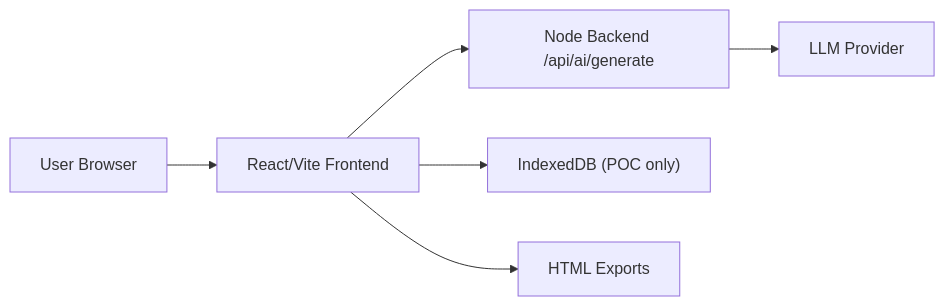
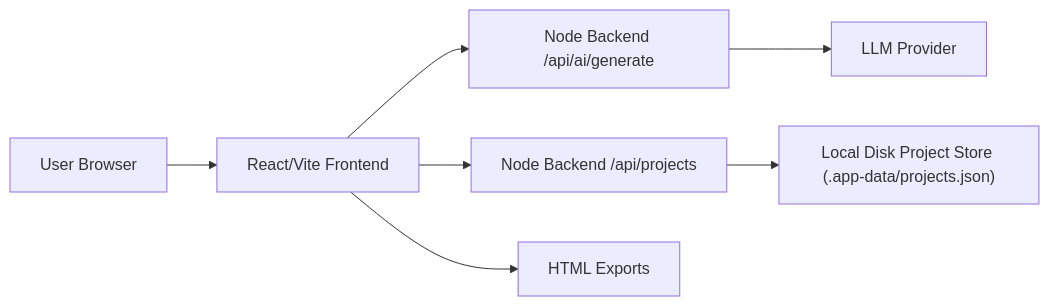
One commit to mnikor/Study-Data-analysis changed the first of 2 diagrams in README.md. Above: the diagram before and after it, drawn with Mermaid. The commit also changed other lines of this file and 5 other files, not shown here.

Commit message:
Move project state to backend local store

````diff
--- a/README.md
+++ b/README.md
@@ -24,8 +25,9 @@
 ```mermaid
 flowchart LR
     U["User Browser"] --> FE["React/Vite Frontend"]
     FE --> API["Node Backend /api/ai/generate"]
+    FE --> PAPI["Node Backend /api/projects"]
     API --> LLM["LLM Provider"]
-    FE --> IDX["IndexedDB (POC only)"]
+    PAPI --> LDS["Local Disk Project Store (.app-data/projects.json)"]
     FE --> EXP["HTML Exports"]
 ```
````
